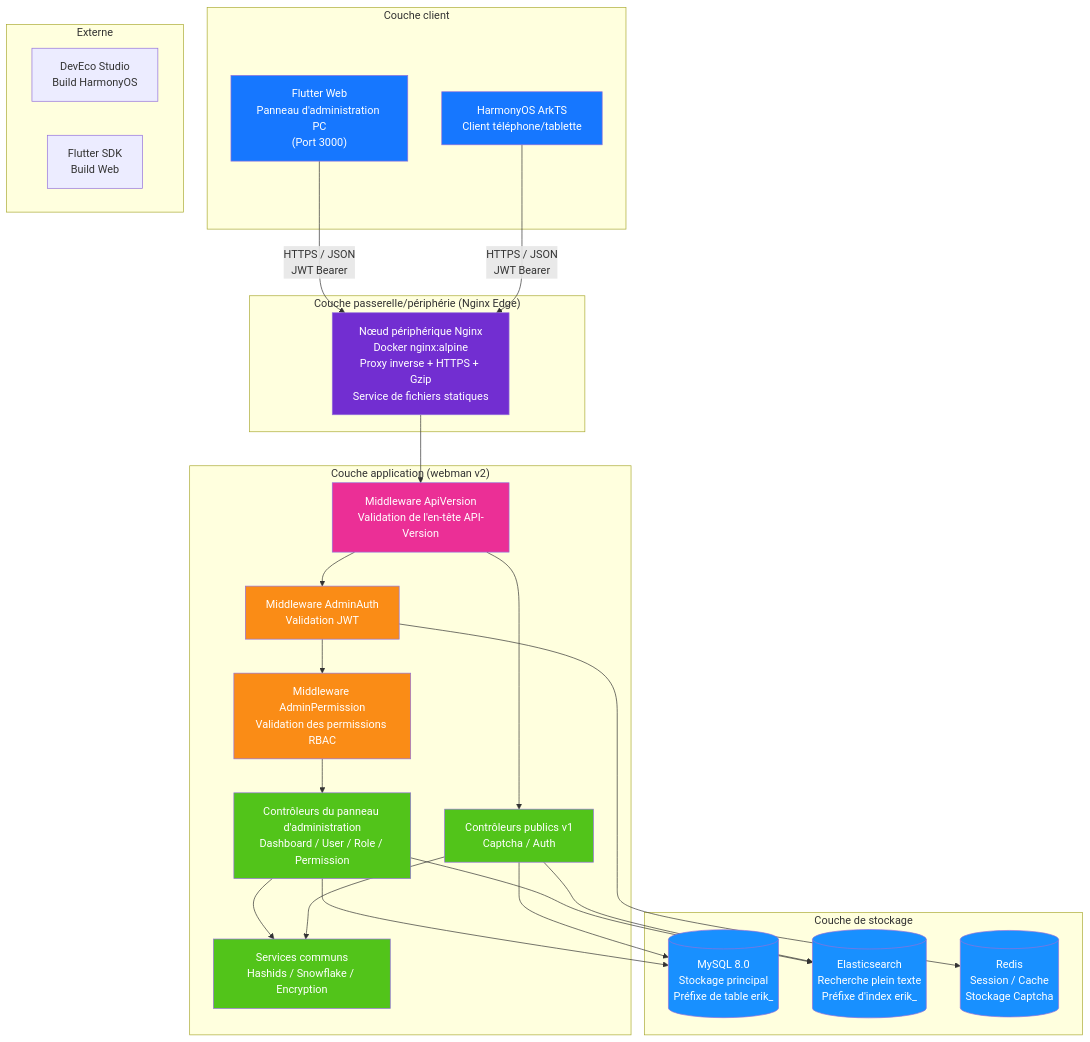
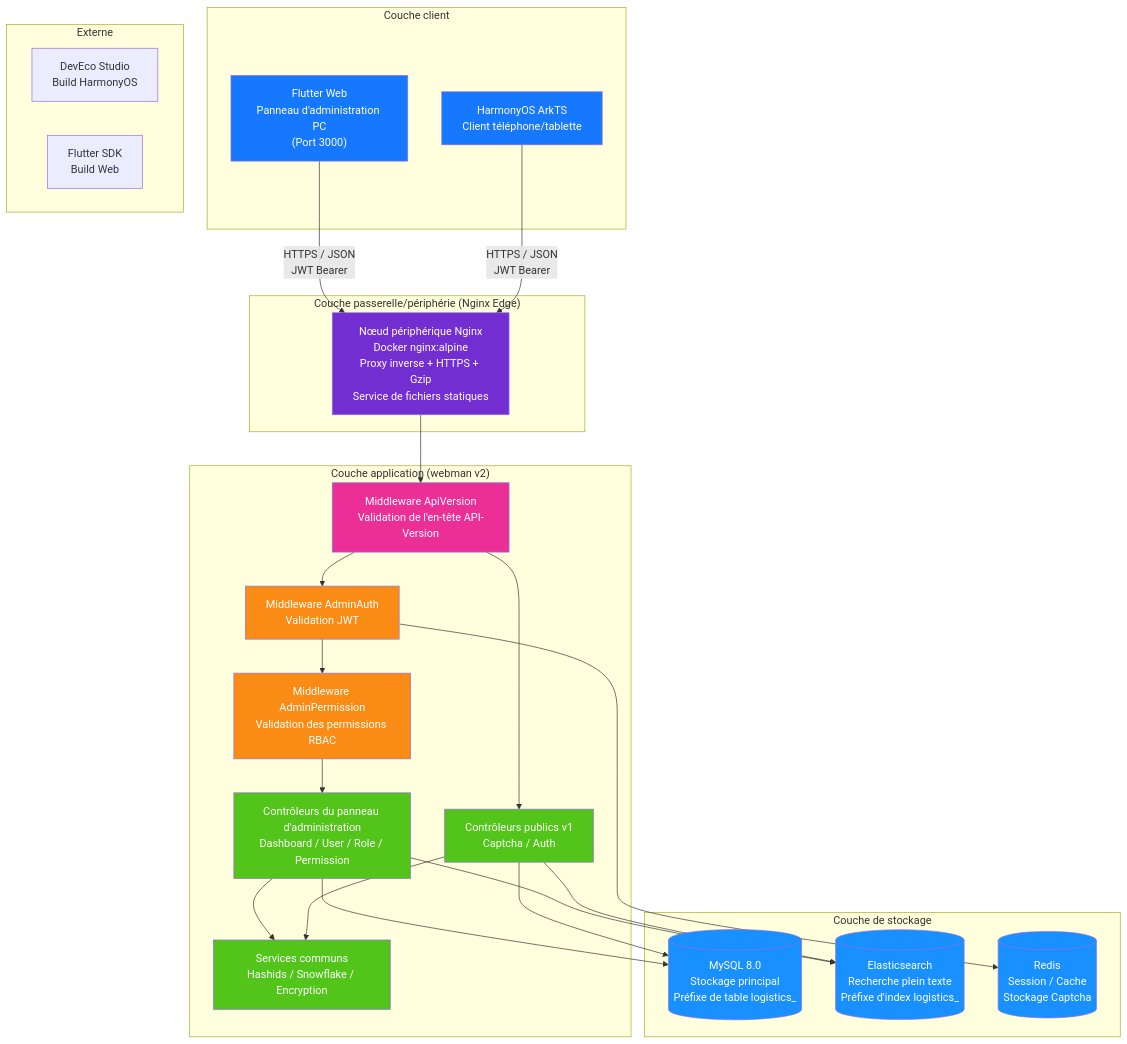
The first of 14 diagrams in admin/docs/ARCHITECTURE.fr.md (erikwang2013/integrated-global-logistics), drawn with Mermaid before and after one commit. The commit also changed other lines of this file and 211 other files, not shown here.

````diff
--- a/admin/docs/ARCHITECTURE.fr.md
+++ b/admin/docs/ARCHITECTURE.fr.md
@@ -13,59 +13,59 @@
 ```mermaid
 flowchart TB
     subgraph "Couche client"
         A1["Flutter Web<br/>Panneau d'administration PC<br/>(Port 3000)"]
         A2["HarmonyOS ArkTS<br/>Client téléphone/tablette"]
     end
 
     subgraph "Couche passerelle/périphérie (Nginx Edge)"
         B1["Nœud périphérique Nginx<br/>Docker nginx:alpine<br/>Proxy inverse + HTTPS + Gzip<br/>Service de fichiers statiques"]
     end
 
     subgraph "Couche application (webman v2)"
         C0["Middleware ApiVersion<br/>Validation de l'en-tête API-Version"]
         C1["Middleware AdminAuth<br/>Validation JWT"]
         C2["Middleware AdminPermission<br/>Validation des permissions RBAC"]
         C3["Contrôleurs du panneau d'administration<br/>Dashboard / User / Role / Permission"]
         C4["Contrôleurs publics v1<br/>Captcha / Auth"]
         C5["Services communs<br/>Hashids / Snowflake / Encryption"]
     end
 
     subgraph "Couche de stockage"
-        D1[("MySQL 8.0<br/>Stockage principal<br/>Préfixe de table erik_")]
-        D2[("Elasticsearch<br/>Recherche plein texte<br/>Préfixe d'index erik_")]
+        D1[("MySQL 8.0<br/>Stockage principal<br/>Préfixe de table logistics_")]
+        D2[("Elasticsearch<br/>Recherche plein texte<br/>Préfixe d'index logistics_")]
         D3[("Redis<br/>Session / Cache<br/>Stockage Captcha")]
     end
 
     subgraph "Externe"
         E1["DevEco Studio<br/>Build HarmonyOS"]
         E2["Flutter SDK<br/>Build Web"]
     end
 
     A1 -->|"HTTPS / JSON<br/>JWT Bearer"| B1
     A2 -->|"HTTPS / JSON<br/>JWT Bearer"| B1
     B1 --> C0
     C0 --> C1
     C1 --> C2
     C2 --> C3
     C0 --> C4
     C3 --> C5
     C4 --> C5
     C3 --> D1
     C4 --> D1
     C3 --> D2
     C4 --> D2
     C1 --> D3
 
     style A1 fill:#1677FF,color:#fff
     style A2 fill:#1677FF,color:#fff
     style B1 fill:#722ED1,color:#fff
     style C0 fill:#EB2F96,color:#fff
     style C1 fill:#FA8C16,color:#fff
     style C2 fill:#FA8C16,color:#fff
     style C3 fill:#52C41A,color:#fff
     style C4 fill:#52C41A,color:#fff
     style C5 fill:#52C41A,color:#fff
     style D1 fill:#1890FF,color:#fff
     style D2 fill:#1890FF,color:#fff
     style D3 fill:#1890FF,color:#fff
 ```
````
